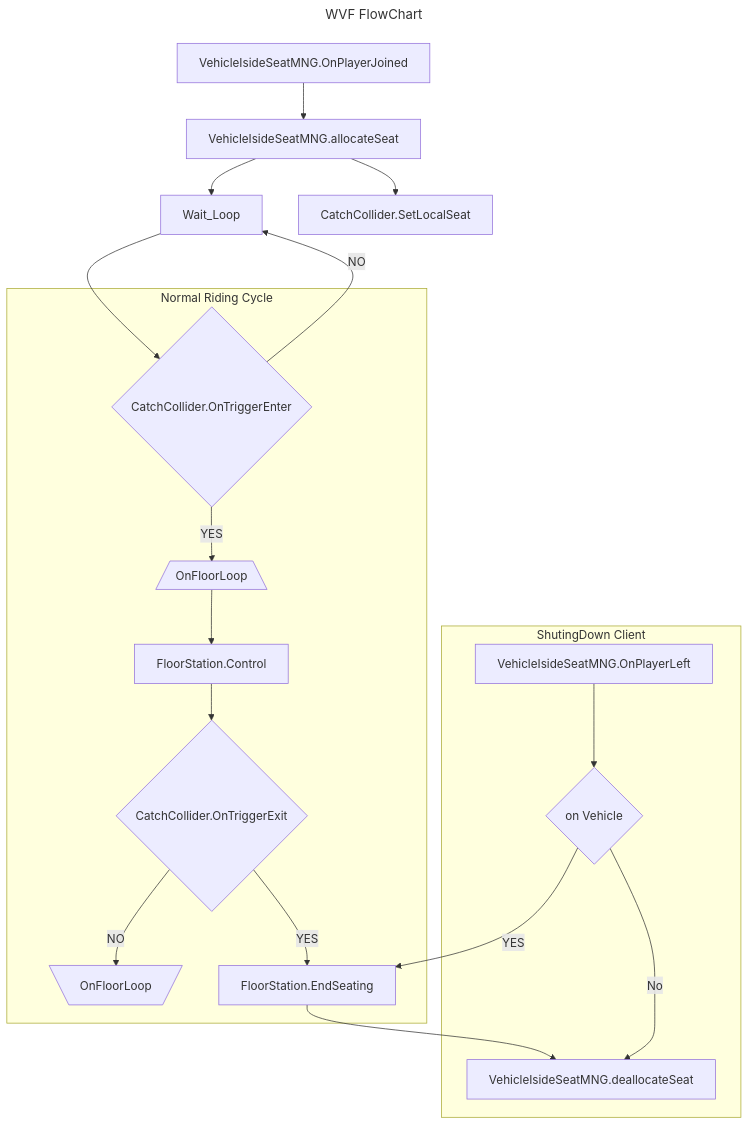
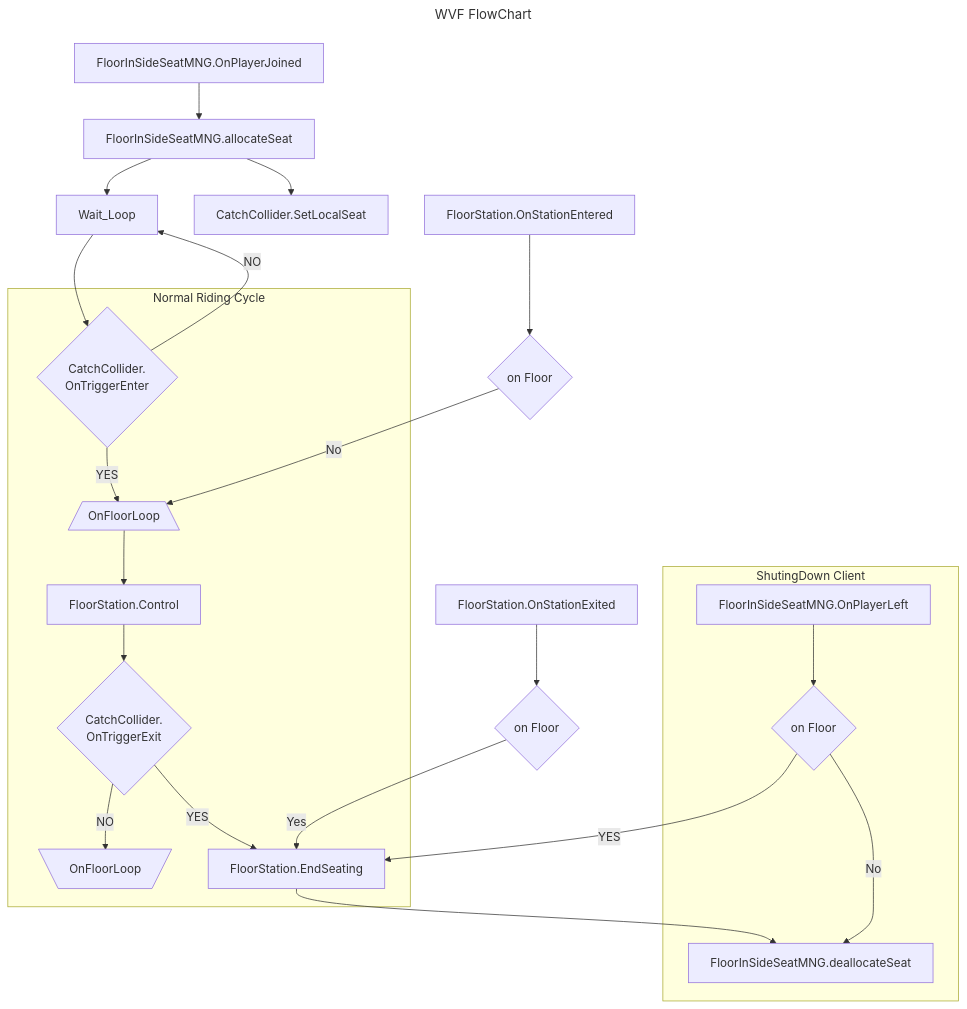
Before and after one commit to frou01/VRC_PublicPackages: the first of 2 diagrams in Packages/com.frou01.wvf/Runtime/UdonProgramSources/WVF_UML.md, drawn with Mermaid. The commit also changed other lines of this file and 29 other files, not shown here.

````diff
--- a/Packages/com.frou01.wvf/Runtime/UdonProgramSources/WVF_UML.md
+++ b/Packages/com.frou01.wvf/Runtime/UdonProgramSources/WVF_UML.md
@@ -1,24 +1,26 @@
 ```mermaid
 ---
 title: WVF FlowChart
 ---
 
 flowchart TD
-	VehicleIsideSeatMNG.OnPlayerJoined --> VehicleIsideSeatMNG.allocateSeat --> Wait_Loop
-	VehicleIsideSeatMNG.allocateSeat --> CatchCollider.SetLocalSeat
+	FloorInSideSeatMNG.OnPlayerJoined --> FloorInSideSeatMNG.allocateSeat --> Wait_Loop
+	FloorInSideSeatMNG.allocateSeat --> CatchCollider.SetLocalSeat
 	Wait_Loop --> Event_CatchCollider.OnTriggerEnter{CatchCollider.OnTriggerEnter}
-	Event_CatchCollider.OnTriggerEnter{CatchCollider.OnTriggerEnter} -->|NO| Wait_Loop 
+	Event_CatchCollider.OnTriggerEnter -->|NO| Wait_Loop 
 	subgraph "Normal Riding Cycle"
-	Event_CatchCollider.OnTriggerEnter{CatchCollider.OnTriggerEnter} -->|YES| StartFloorLoop[/OnFloorLoop\] --> FloorStation.Control --> 
-	Event_CatchCollider.OnTriggerExit{CatchCollider.OnTriggerExit} -->|NO| RepeatFloorLoop[\OnFloorLoop/]
+	Event_CatchCollider.OnTriggerEnter{CatchCollider.<br>OnTriggerEnter} -->|YES| StartFloorLoop[/OnFloorLoop\] --> FloorStation.Control --> 
+	Event_CatchCollider.OnTriggerExit -->|NO| RepeatFloorLoop[\OnFloorLoop/]
 
-	Event_CatchCollider.OnTriggerExit{CatchCollider.OnTriggerExit} -->|YES| FloorStation.EndSeating
+	Event_CatchCollider.OnTriggerExit{CatchCollider.<br>OnTriggerExit} -->|YES| FloorStation.EndSeating
     end
 
+	FloorStation.OnStationExited --> ExitisOnFloor{on Floor} -->|Yes| FloorStation.EndSeating
+	FloorStation.OnStationEntered --> EnteredisOnFloor{on Floor} -->|No| StartFloorLoop
 	subgraph "ShutingDown Client"
-	VehicleIsideSeatMNG.OnPlayerLeft --> CheckSeating{on Vehicle} --> |YES|FloorStation.EndSeating--> VehicleIsideSeatMNG.deallocateSeat
+	FloorInSideSeatMNG.OnPlayerLeft --> CheckSeating{on Floor} --> |YES|FloorStation.EndSeating--> FloorInSideSeatMNG.deallocateSeat
 	
-	CheckSeating{on Vehicle} --> |No|VehicleIsideSeatMNG.deallocateSeat
+	CheckSeating{on Floor} --> |No|FloorInSideSeatMNG.deallocateSeat
 	
     end
 ```
````
